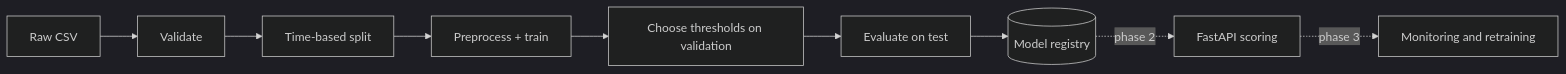
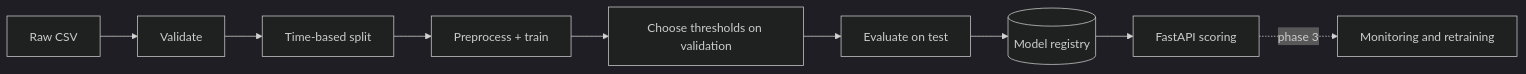
One commit to Ohm-Kel/credit-card-fraud-detection changed the diagram in README.md. Above: the diagram before and after it, drawn with Mermaid (dark theme). The commit also changed other lines of this file and 3 other files, not shown here.

Commit message:
docs: add ADR 0008 and document the scoring API

````diff
--- a/README.md
+++ b/README.md
@@ -30,10 +31,10 @@
 ```mermaid
 flowchart LR
     A[Raw CSV] --> B[Validate] --> C[Time-based split]
     C --> D[Preprocess + train]
     D --> E[Choose thresholds on validation]
     E --> F[Evaluate on test]
     F --> G[(Model registry)]
-    G -. phase 2 .-> H[FastAPI scoring]
+    G --> H[FastAPI scoring]
     H -. phase 3 .-> I[Monitoring and retraining]
 ```
````
